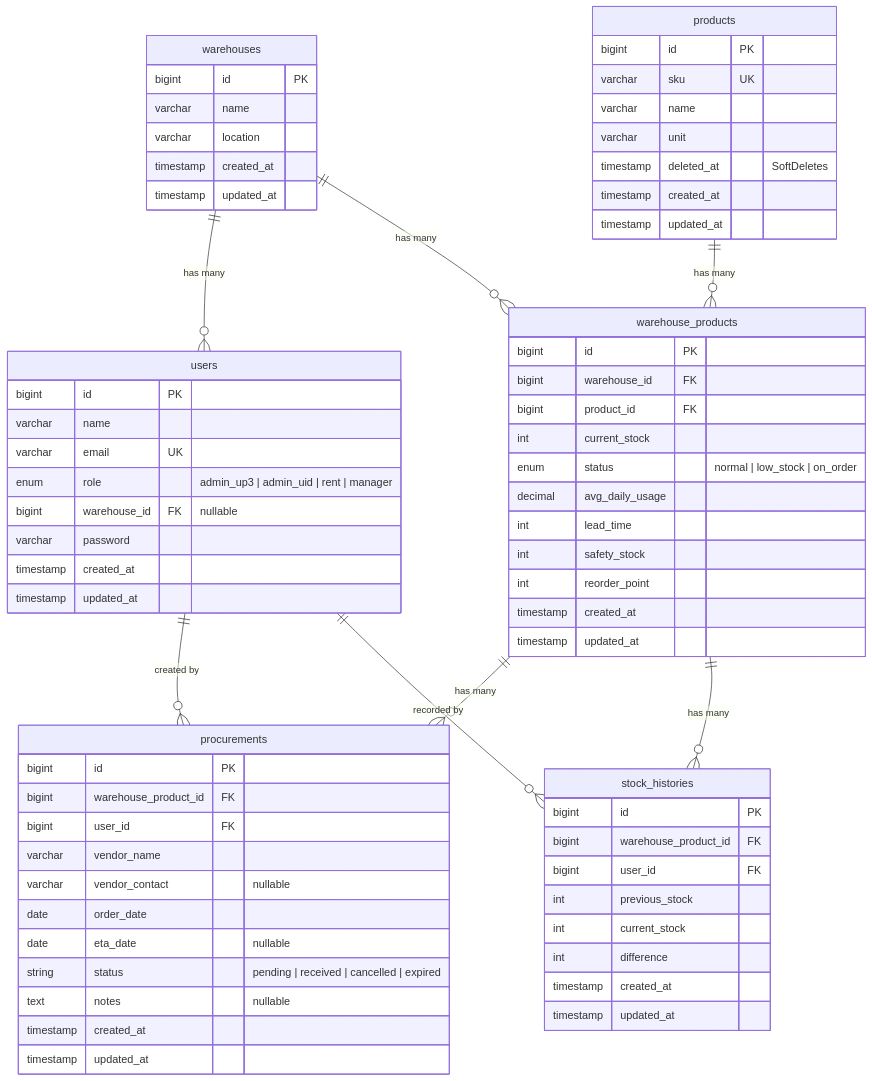
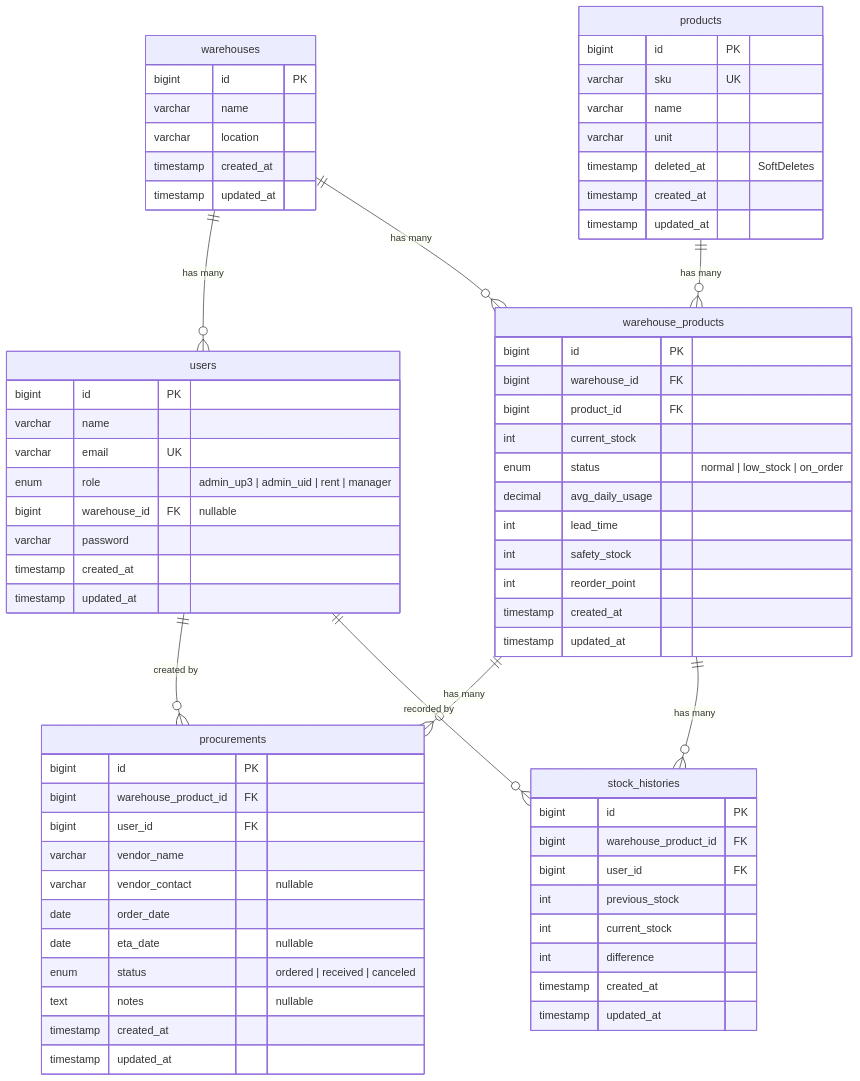
One commit to NaufalMusyaafa/sistem-managemen-stok-produk changed the diagram in README.md. Above: the diagram before and after it, drawn with Mermaid. The commit also changed other lines of this file and 4 other files, not shown here.

Commit message:
feat(orders): centralize order management overhaul - simplify status enum to ordered, received, canceled - replace sidebar with centered detail modal - add overdue alerts and manual ETA updates - automate warehouse stock status syncing on receipt

````diff
--- a/README.md
+++ b/README.md
@@ -213,78 +213,78 @@
 ```mermaid
 erDiagram
     warehouses {
         bigint id PK
         varchar name
         varchar location
         timestamp created_at
         timestamp updated_at
     }
 
     users {
         bigint id PK
         varchar name
         varchar email UK
         enum role "admin_up3 | admin_uid | rent | manager"
         bigint warehouse_id FK "nullable"
         varchar password
         timestamp created_at
         timestamp updated_at
     }
 
     products {
         bigint id PK
         varchar sku UK
         varchar name
         varchar unit
         timestamp deleted_at "SoftDeletes"
         timestamp created_at
         timestamp updated_at
     }
 
     warehouse_products {
         bigint id PK
         bigint warehouse_id FK
         bigint product_id FK
         int current_stock
         enum status "normal | low_stock | on_order"
         decimal avg_daily_usage
         int lead_time
         int safety_stock
         int reorder_point
         timestamp created_at
         timestamp updated_at
     }
 
     procurements {
         bigint id PK
         bigint warehouse_product_id FK
         bigint user_id FK
         varchar vendor_name
         varchar vendor_contact "nullable"
         date order_date
         date eta_date "nullable"
-        string status "pending | received | cancelled | expired"
+        enum status "ordered | received | canceled"
         text notes "nullable"
         timestamp created_at
         timestamp updated_at
     }
 
     stock_histories {
         bigint id PK
         bigint warehouse_product_id FK
         bigint user_id FK
         int previous_stock
         int current_stock
         int difference
         timestamp created_at
         timestamp updated_at
     }
 
     warehouses ||--o{ users : "has many"
     warehouses ||--o{ warehouse_products : "has many"
     products ||--o{ warehouse_products : "has many"
     warehouse_products ||--o{ procurements : "has many"
     warehouse_products ||--o{ stock_histories : "has many"
     users ||--o{ procurements : "created by"
     users ||--o{ stock_histories : "recorded by"
 ```
````
